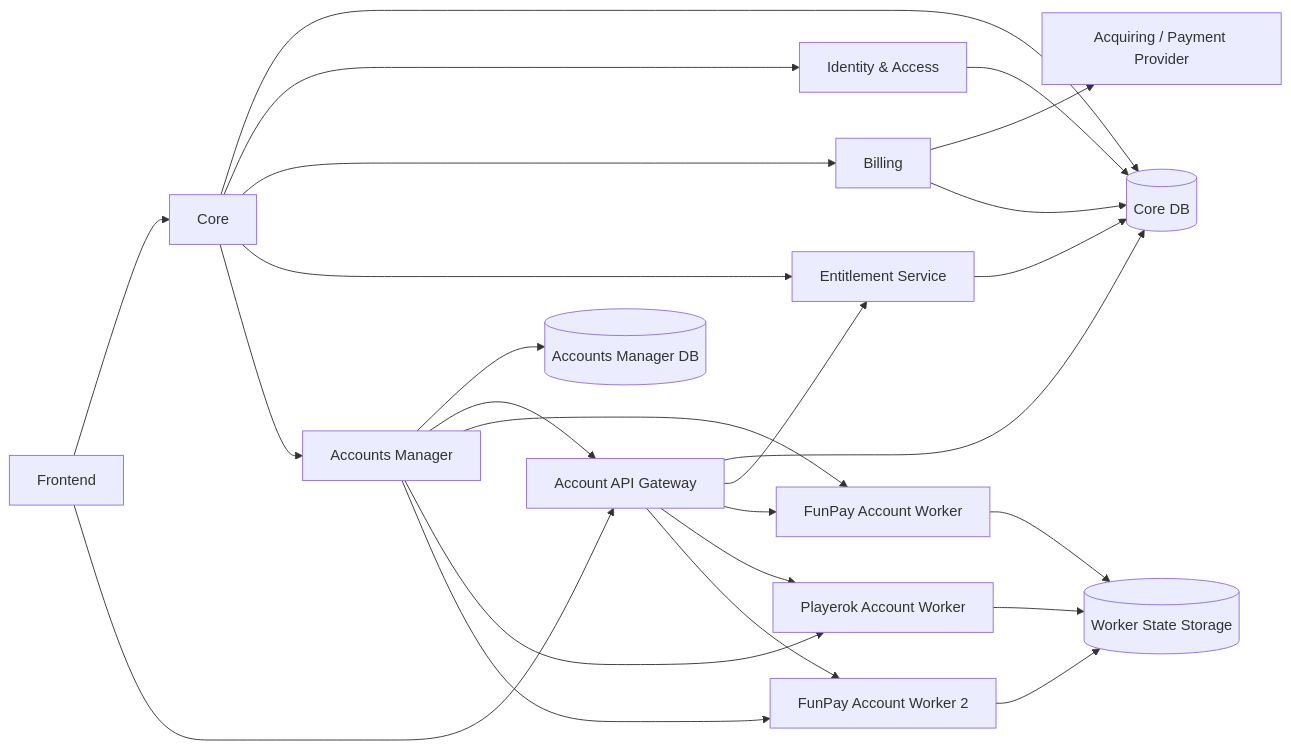
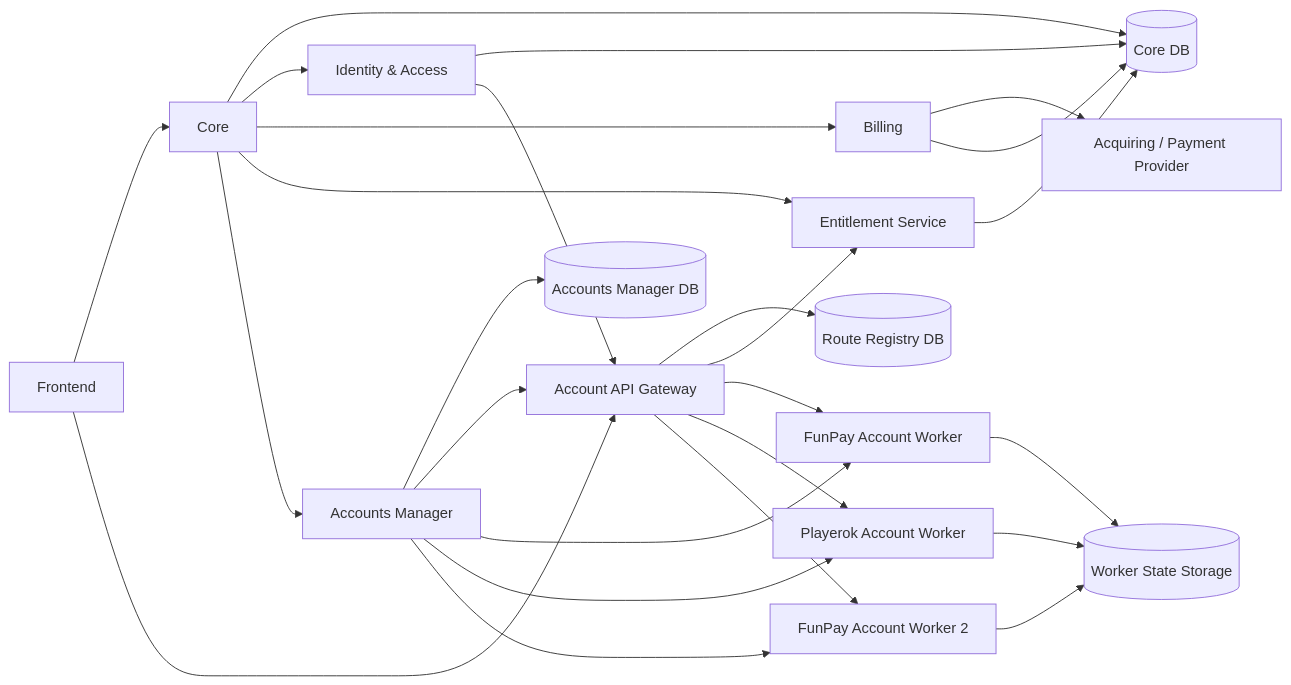
Before and after one commit to yakoodev/DigitalDealsCRM: the first of 2 diagrams in docs/architecture_draft/00-overview.md, drawn with Mermaid. The commit also changed other lines of this file and 34 other files, not shown here.

Commit message:
docs: consolidate architecture package and add OpenAPI governance

````diff
--- a/docs/architecture_draft/00-overview.md
+++ b/docs/architecture_draft/00-overview.md
@@ -43,33 +44,34 @@
 ```mermaid
 flowchart LR
     FE[Frontend] --> CORE[Core]
     FE --> GATE[Account API Gateway]
 
     CORE --> CDB[(Core DB)]
     CORE --> IAM[Identity & Access]
     CORE --> BILL[Billing]
     CORE --> ENT[Entitlement Service]
     CORE --> AM[Accounts Manager]
 
     BILL --> PAY[Acquiring / Payment Provider]
     BILL --> CDB
 
+    ENT --> CDB
     IAM --> CDB
-    ENT --> CDB
+    IAM --> GATE
 
     AM --> ADB[(Accounts Manager DB)]
     AM --> GATE
     AM --> W1[FunPay Account Worker]
     AM --> W2[Playerok Account Worker]
     AM --> W3[FunPay Account Worker 2]
 
-    GATE --> CDB
+    GATE --> RDB[(Route Registry DB)]
     GATE --> ENT
     GATE --> W1
     GATE --> W2
     GATE --> W3
 
     W1 --> WSTORE[(Worker State Storage)]
     W2 --> WSTORE
     W3 --> WSTORE
 ```
````
